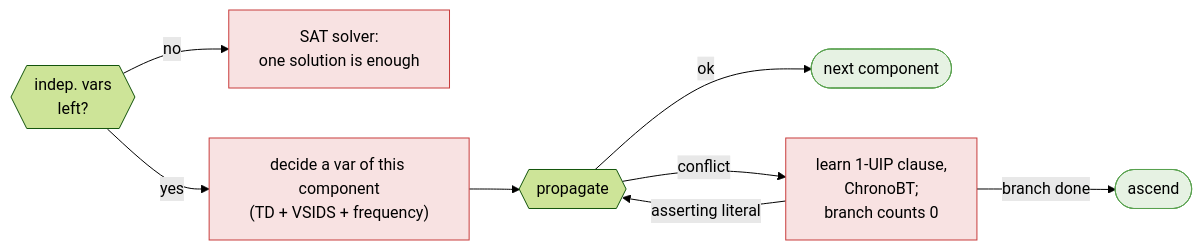
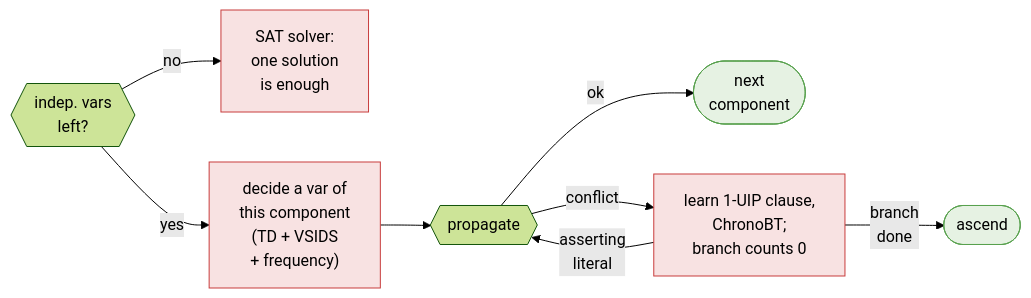
The diagram in figs/mermaid/descend.mmd (meelgroup/ganak-presentation), drawn with Mermaid (forest theme) before and after one commit. The commit also changed 6 other files, not shown here.

Commit message:
Mermaid diagrams: larger font, tighter spacing, more line breaks

```diff
--- a/figs/mermaid/descend.mmd
+++ b/figs/mermaid/descend.mmd
@@ -1,14 +1,14 @@
 flowchart LR
   Q{{"indep. vars<br/>left?"}}
-  Q -->|no| SAT["SAT solver:<br/>one solution is enough"]
-  Q -->|yes| DEC["decide a var of this component<br/>(TD + VSIDS + frequency)"]
+  Q -->|no| SAT["SAT solver:<br/>one solution<br/>is enough"]
+  Q -->|yes| DEC["decide a var of<br/>this component<br/>(TD + VSIDS<br/>+ frequency)"]
   DEC --> P{{propagate}}
-  P -->|ok| OUT([next component])
+  P -->|ok| OUT(["next<br/>component"])
   P -->|conflict| UIP["learn 1-UIP clause,<br/>ChronoBT;<br/>branch counts 0"]
-  UIP -->|asserting literal| P
-  UIP -->|branch done| ASC([ascend])
+  UIP -->|"asserting<br/>literal"| P
+  UIP -->|"branch<br/>done"| ASC([ascend])
 
   classDef s fill:#f8e2e2,stroke:#c83c3c
   classDef term fill:#e6f2e3,stroke:#59a14f
   class DEC,SAT,UIP s
   class OUT,ASC term
```
